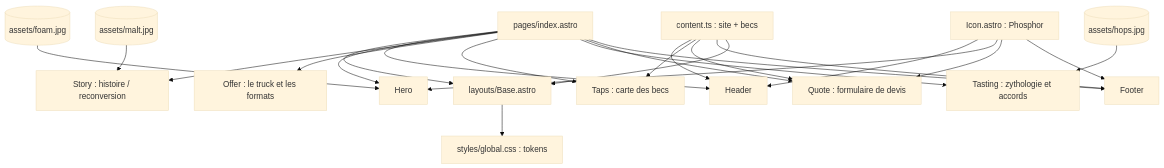
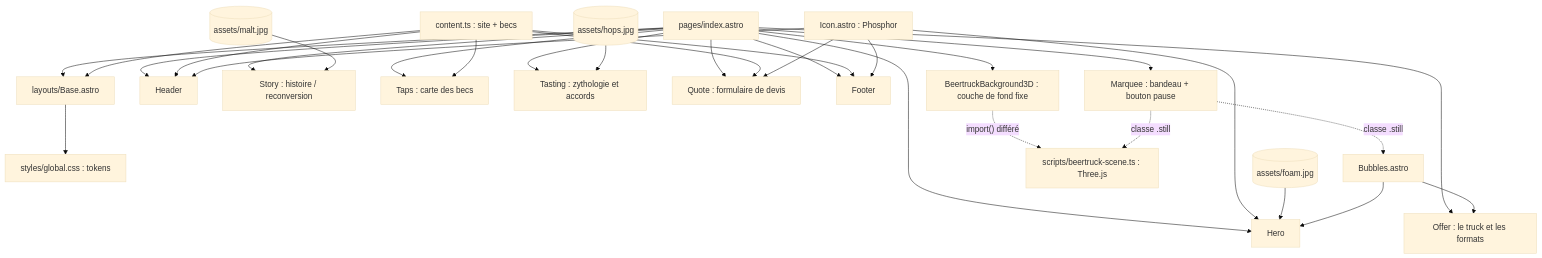
One commit to LilKuririn/Brewtruck changed the first of 2 diagrams in docs/ARCHITECTURE.md. Above: the diagram before and after it, drawn with Mermaid (base theme). The commit also changed other lines of this file and 10 other files, not shown here.

First line of the commit message:
Fond 3D : beertruck Citroën HY en Three.js

````diff
--- a/docs/ARCHITECTURE.md
+++ b/docs/ARCHITECTURE.md
@@ -8,28 +8,36 @@
 ```mermaid
 graph TD
   index[pages/index.astro] --> Base[layouts/Base.astro]
   Base --> global[styles/global.css : tokens]
   index --> Header
   index --> Hero
   index --> Story[Story : histoire / reconversion]
   index --> Offer[Offer : le truck et les formats]
   index --> Taps[Taps : carte des becs]
   index --> Tasting[Tasting : zythologie et accords]
   index --> Quote[Quote : formulaire de devis]
   index --> Footer
 
   content[content.ts : site + becs] --> Header
   content --> Taps
   content --> Quote
   content --> Footer
   content --> Base
 
   Icon[Icon.astro : Phosphor] --> Header
   Icon --> Hero
   Icon --> Quote
   Icon --> Footer
 
   foam[(assets/foam.jpg)] --> Hero
   malt[(assets/malt.jpg)] --> Story
   hops[(assets/hops.jpg)] --> Tasting
+
+  index --> Scene3D[BeertruckBackground3D : couche de fond fixe]
+  Scene3D -. "import() différé" .-> three[scripts/beertruck-scene.ts : Three.js]
+  index --> Marquee[Marquee : bandeau + bouton pause]
+  Bubbles[Bubbles.astro] --> Hero
+  Bubbles --> Offer
+  Marquee -. "classe .still" .-> Bubbles
+  Marquee -. "classe .still" .-> three
 ```
````
